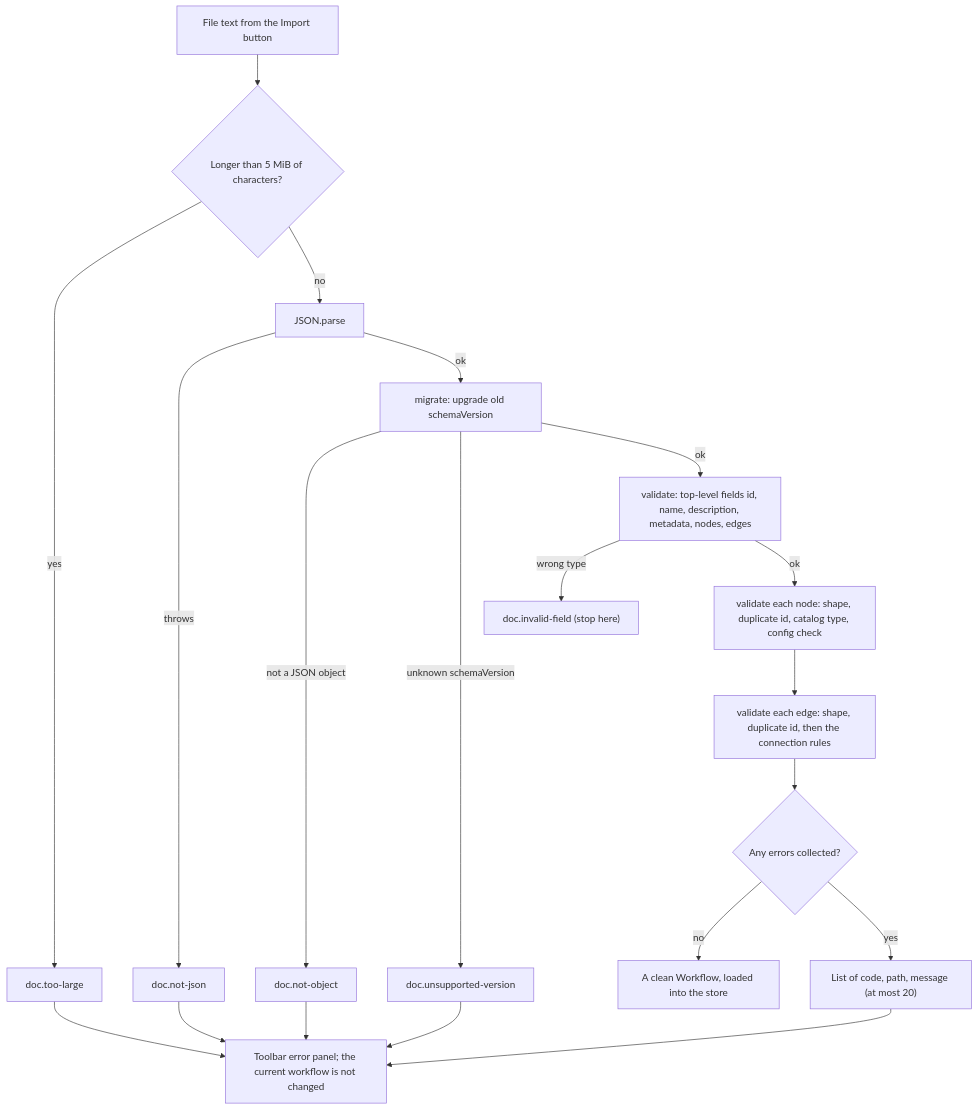
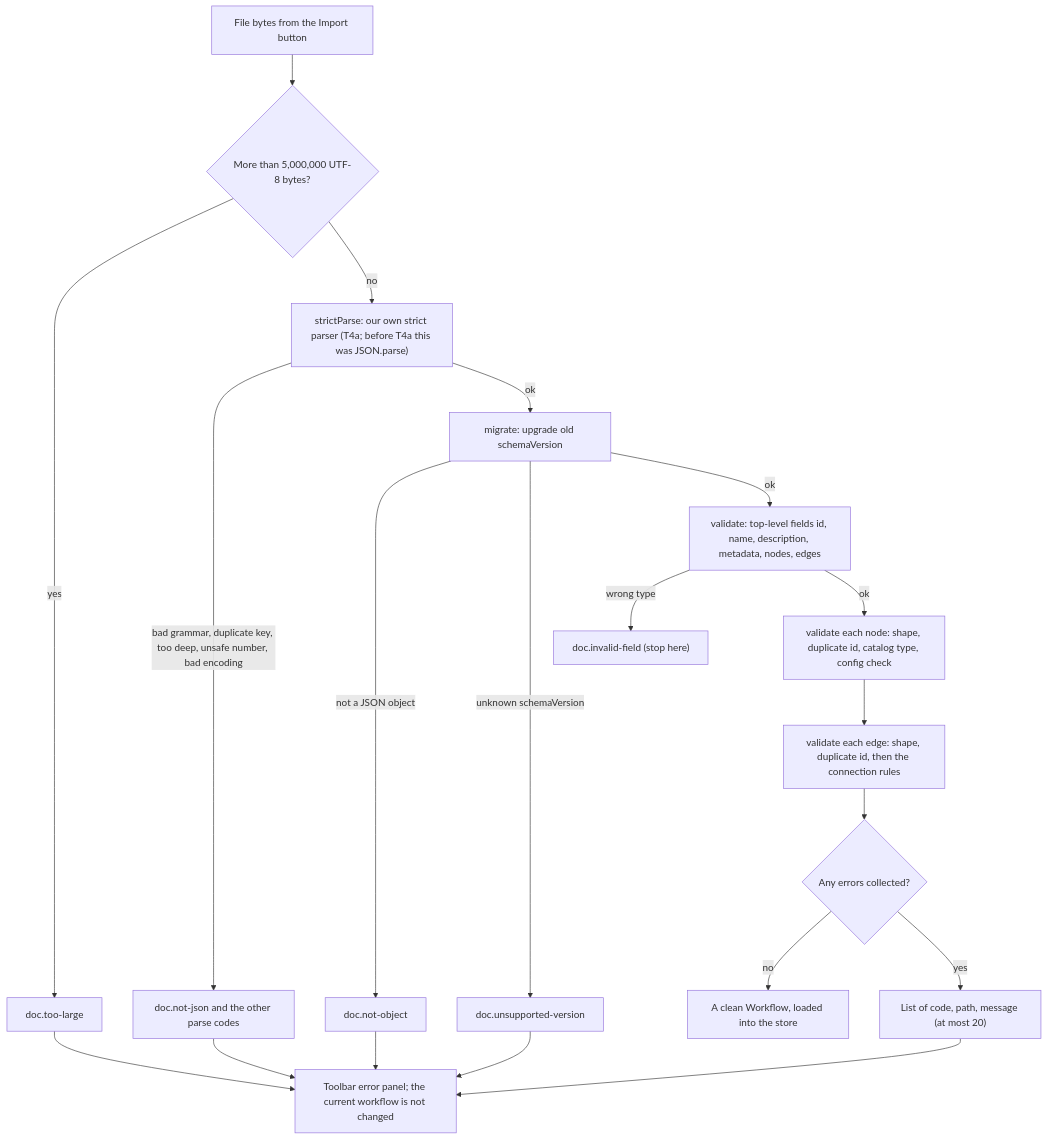
The third of 5 diagrams in docs/LEARNING_GUIDE.md (shailovesingh/AgentForge), drawn with Mermaid before and after one commit. The commit also changed other lines of this file and 8 other files, not shown here.

````diff
--- a/docs/LEARNING_GUIDE.md
+++ b/docs/LEARNING_GUIDE.md
@@ -434,22 +453,22 @@
 ```mermaid
 flowchart TD
-  T["File text from the Import button"] --> S{"Longer than 5 MiB of characters?"}
+  T["File bytes from the Import button"] --> S{"More than 5,000,000 UTF-8 bytes?"}
   S -- yes --> E1["doc.too-large"]
-  S -- no --> J["JSON.parse"]
-  J -- throws --> E2["doc.not-json"]
+  S -- no --> J["strictParse: our own strict parser (T4a; before T4a this was JSON.parse)"]
+  J -- "bad grammar, duplicate key, too deep, unsafe number, bad encoding" --> E2["doc.not-json and the other parse codes"]
   J -- ok --> M["migrate: upgrade old schemaVersion"]
   M -- "not a JSON object" --> E3["doc.not-object"]
   M -- "unknown schemaVersion" --> E4["doc.unsupported-version"]
   M -- ok --> V1["validate: top-level fields id, name, description, metadata, nodes, edges"]
   V1 -- "wrong type" --> E5["doc.invalid-field (stop here)"]
   V1 -- ok --> V2["validate each node: shape, duplicate id, catalog type, config check"]
   V2 --> V3["validate each edge: shape, duplicate id, then the connection rules"]
   V3 --> D{"Any errors collected?"}
   D -- no --> W["A clean Workflow, loaded into the store"]
   D -- yes --> L["List of code, path, message (at most 20)"]
   E1 --> P["Toolbar error panel; the current workflow is not changed"]
   E2 --> P
   E3 --> P
   E4 --> P
   L --> P
 ```
````
